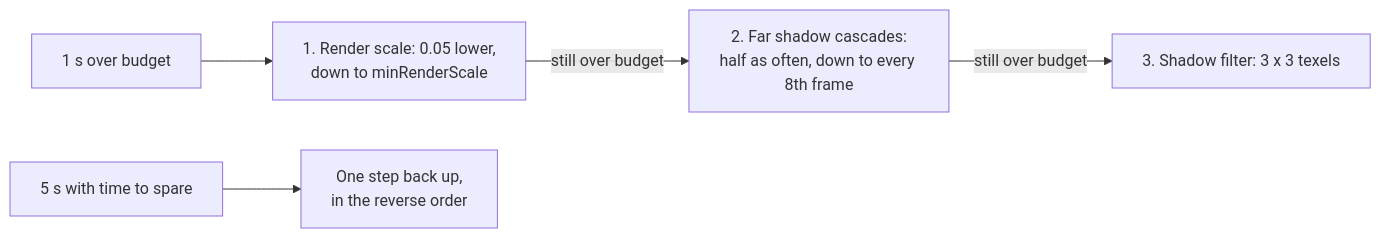
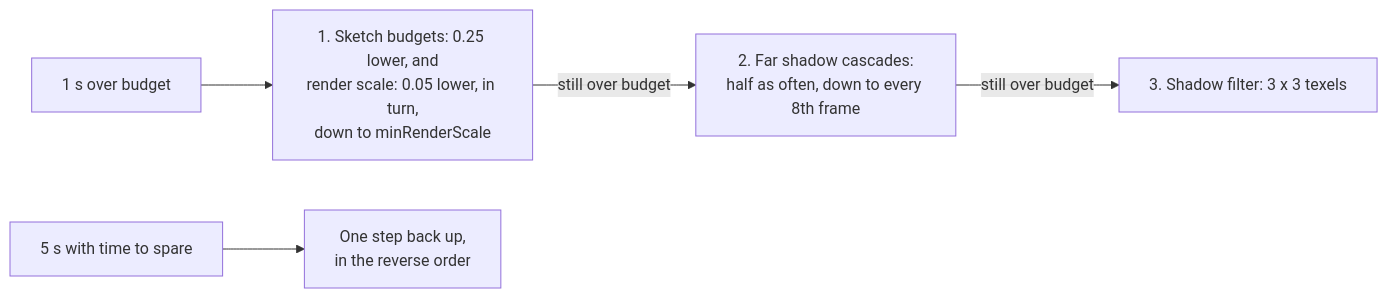
One commit to null3d-engine/null3d changed the fourth of 4 diagrams in docs/concepts/quality-presets.md. Above: the diagram before and after it, drawn with Mermaid. The commit also changed other lines of this file and 13 other files, not shown here.

````diff
--- a/docs/concepts/quality-presets.md
+++ b/docs/concepts/quality-presets.md
@@ -253,7 +253,7 @@
 ```mermaid
 flowchart LR
-    over["1 s over budget"] --> scale["1. Render scale: 0.05 lower,<br/>down to minRenderScale"]
+    over["1 s over budget"] --> scale["1. Sketch budgets: 0.25 lower, and<br/>render scale: 0.05 lower, in turn,<br/>down to minRenderScale"]
     scale -- "still over budget" --> far["2. Far shadow cascades:<br/>half as often, down to every 8th frame"]
     far -- "still over budget" --> filter["3. Shadow filter: 3 x 3 texels"]
     room["5 s with time to spare"] --> back["One step back up,<br/>in the reverse order"]
 ```
````
